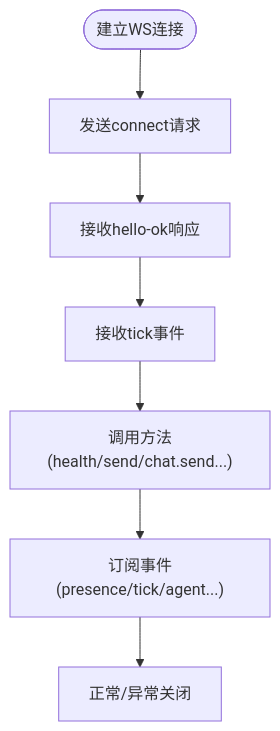
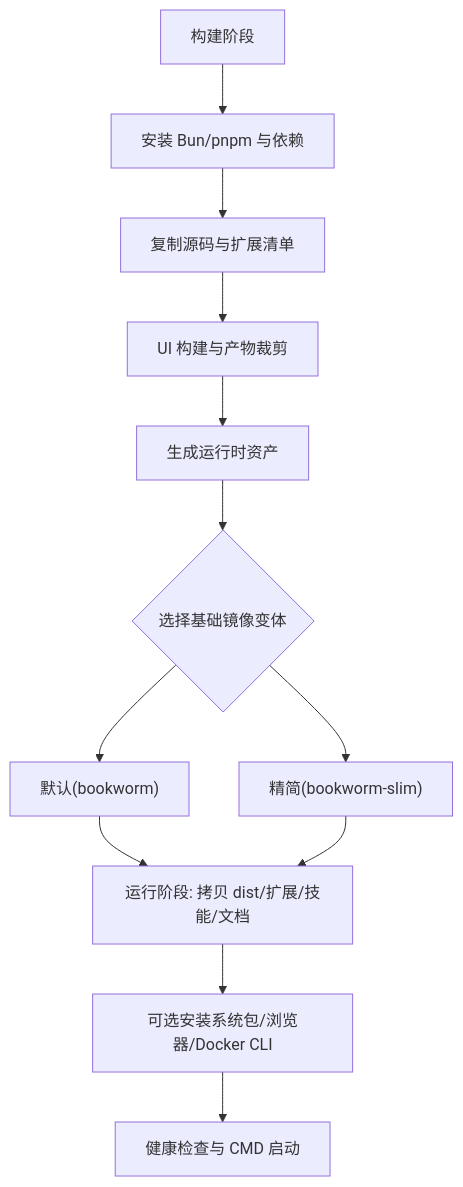
The sixth of 7 diagrams in repowiki/zh/content/项目概述/技术栈.md (botx-work/OpenClaw-Internals), drawn with Mermaid before and after one commit. The commit also changed other lines of this file and 542 other files, not shown here.

````diff
--- a/repowiki/zh/content/项目概述/技术栈.md
+++ b/repowiki/zh/content/项目概述/技术栈.md
@@ -198,9 +291,14 @@
 ```mermaid
 flowchart TD
-Start(["建立WS连接"]) --> Connect["发送connect请求"]
-Connect --> HelloOK["接收hello-ok响应"]
-HelloOK --> Tick["接收tick事件"]
-Tick --> Methods["调用方法(health/send/chat.send...)"]
-Methods --> Events["订阅事件(presence/tick/agent...)"]
-Events --> Close["正常/异常关闭"]
+BuildStage["构建阶段"] --> InstallDeps["安装 Bun/pnpm 与依赖"]
+InstallDeps --> CopySrc["复制源码与扩展清单"]
+CopySrc --> UIBuild["UI 构建与产物裁剪"]
+UIBuild --> RuntimeAssets["生成运行时资产"]
+RuntimeAssets --> BaseImage{"选择基础镜像变体"}
+BaseImage --> Default["默认(bookworm)"]
+BaseImage --> Slim["精简(bookworm-slim)"]
+Default --> Runtime["运行阶段: 拷贝 dist/扩展/技能/文档"]
+Slim --> Runtime
+Runtime --> OptionalPkgs["可选安装系统包/浏览器/Docker CLI"]
+OptionalPkgs --> Health["健康检查与 CMD 启动"]
 ```
````
